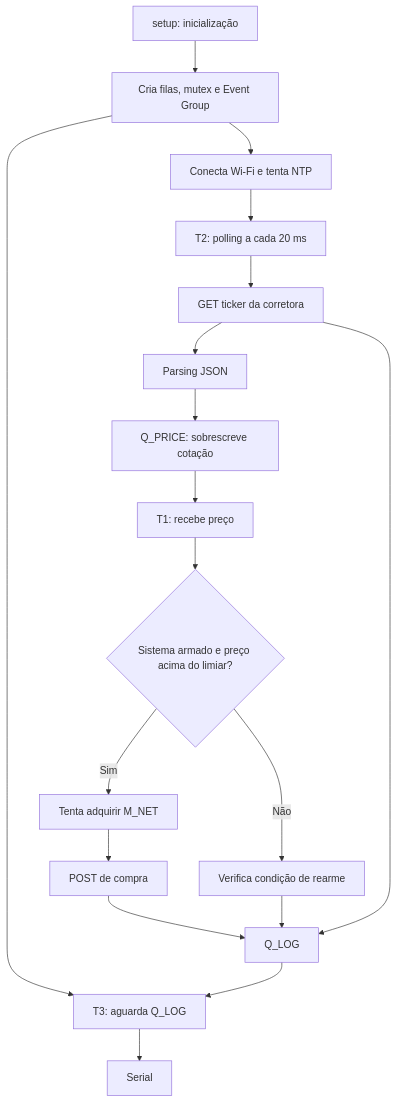
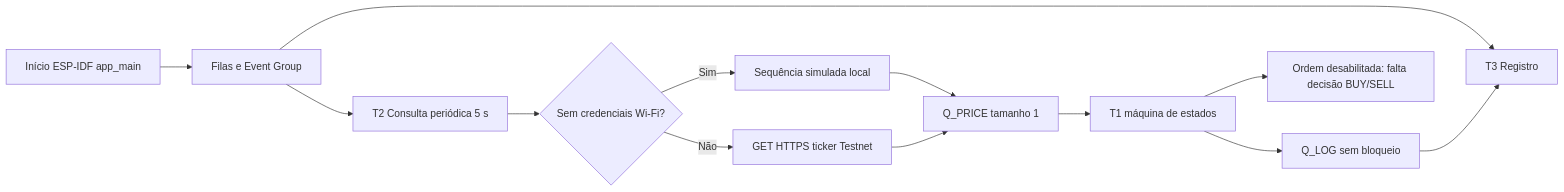
One commit to Jpezildo/STR_Trabalho changed the diagram in ARCHITECTURE.md. Above: the diagram before and after it, drawn with Mermaid. The commit also changed other lines of this file and 42 other files, not shown here.

Commit message:
feat: refactor firmware for ESP-IDF

````diff
--- a/ARCHITECTURE.md
+++ b/ARCHITECTURE.md
@@ -54,20 +26,15 @@
 ```mermaid
-flowchart TD
-    A[setup: inicialização] --> B[Cria filas, mutex e Event Group]
-    B --> C[T3: aguarda Q_LOG]
-    C --> D[Serial]
-    B --> E[Conecta Wi-Fi e tenta NTP]
-    E --> F[T2: polling a cada 20 ms]
-    F --> G[GET ticker da corretora]
-    G --> H[Parsing JSON]
-    H --> I[Q_PRICE: sobrescreve cotação]
-    I --> J[T1: recebe preço]
-    J --> K{Sistema armado e preço acima do limiar?}
-    K -- Sim --> L[Tenta adquirir M_NET]
-    L --> M[POST de compra]
-    M --> N[Q_LOG]
-    K -- Não --> O[Verifica condição de rearme]
-    O --> N
-    G --> N
-    N --> C
+flowchart LR
+    A[Início ESP-IDF app_main] --> B[Filas e Event Group]
+    B --> C[T3 Registro]
+    B --> D[T2 Consulta periódica 5 s]
+    D --> E{Sem credenciais Wi-Fi?}
+    E -- Sim --> F[Sequência simulada local]
+    E -- Não --> G[GET HTTPS ticker Testnet]
+    F --> H[Q_PRICE tamanho 1]
+    G --> H
+    H --> I[T1 máquina de estados]
+    I --> J[Q_LOG sem bloqueio]
+    J --> C
+    I --> K[Ordem desabilitada: falta decisão BUY/SELL]
 ```
````
